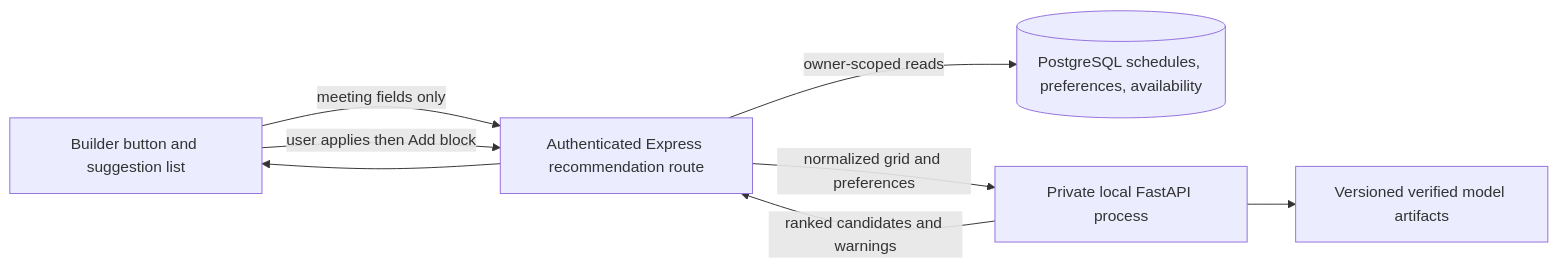
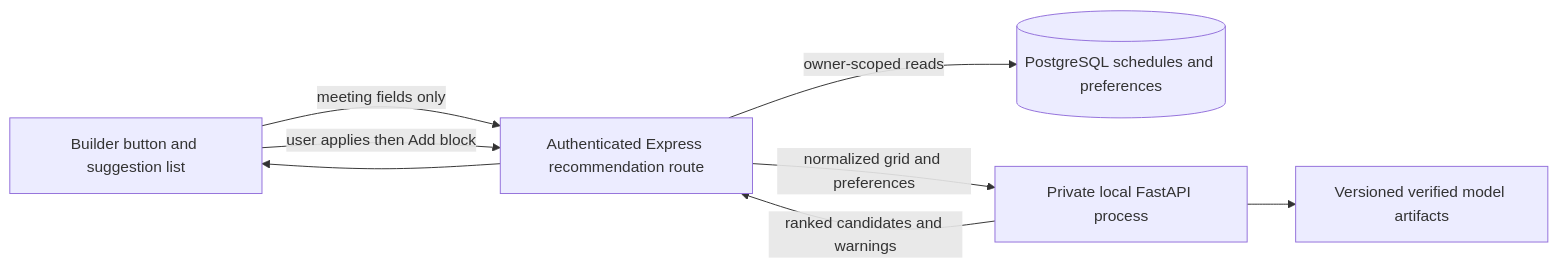
One commit to CDJ-Builders/SchedulaV1 changed the diagram in docs/schemas/schedulaml-integration.md. Above: the diagram before and after it, drawn with Mermaid. The commit also changed other lines of this file and 18 other files, not shown here.

````diff
--- a/docs/schemas/schedulaml-integration.md
+++ b/docs/schemas/schedulaml-integration.md
@@ -5,15 +5,15 @@
 ```mermaid
 flowchart LR
   Builder[Builder button and suggestion list]
   API[Authenticated Express recommendation route]
-  DB[(PostgreSQL schedules, preferences, availability)]
+  DB[(PostgreSQL schedules and preferences)]
   ML[Private local FastAPI process]
   Artifacts[Versioned verified model artifacts]
   Builder -->|meeting fields only| API
   API -->|owner-scoped reads| DB
   API -->|normalized grid and preferences| ML
   ML --> Artifacts
   ML -->|ranked candidates and warnings| API
   API --> Builder
   Builder -->|user applies then Add block| API
 ```
````
